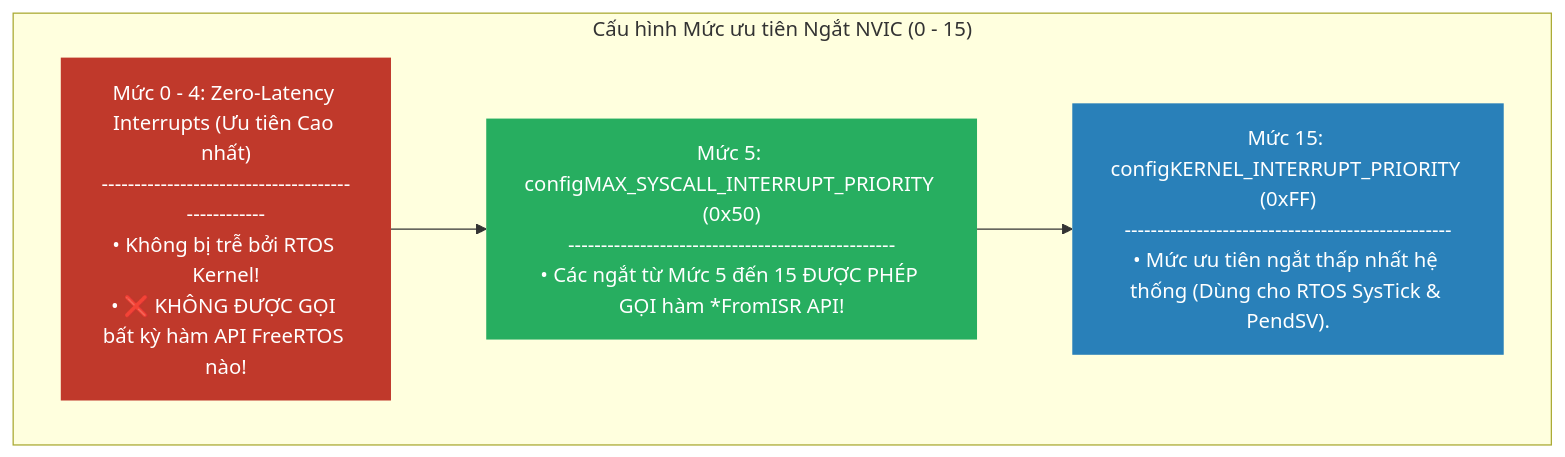
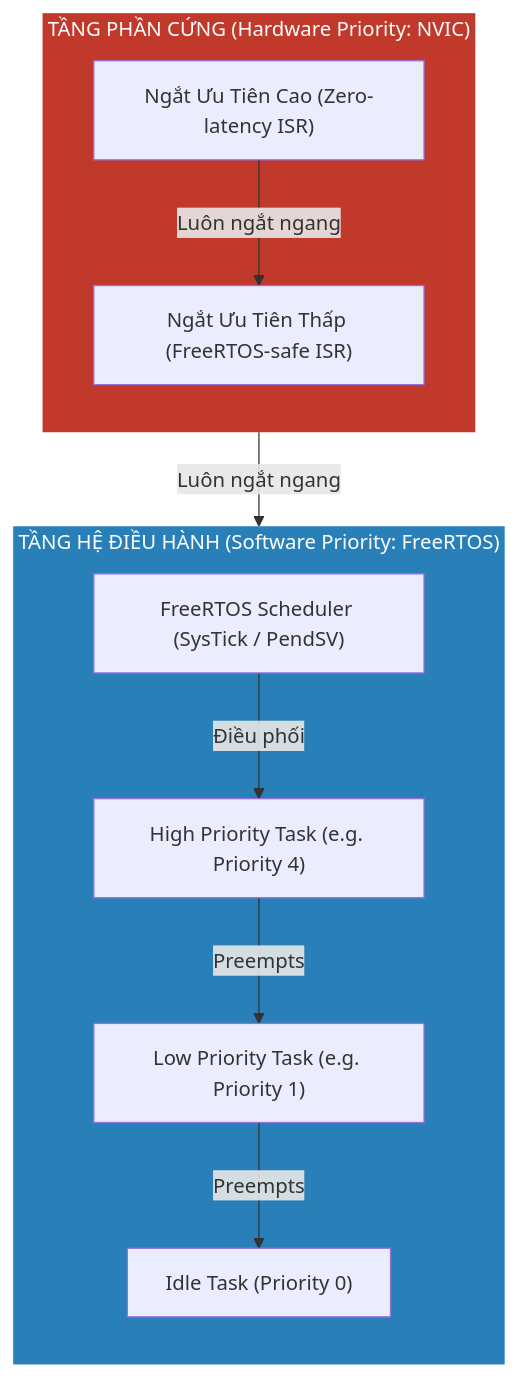
The first of 7 diagrams in 09_Drivers_and_ISRs.md (MinnT15/RTOS), drawn with Mermaid before and after one commit. The commit also changed other lines of this file, not shown here.

````diff
--- a/09_Drivers_and_ISRs.md
+++ b/09_Drivers_and_ISRs.md
@@ -299,17 +253,25 @@
 ```mermaid
-graph TD
-    subgraph NVIC_Priorities ["Cấu hình Mức ưu tiên Ngắt NVIC (0 - 15)"]
-        HIGH_PRIO["Mức 0 - 4: Zero-Latency Interrupts (Ưu tiên Cao nhất)<br/>--------------------------------------------------<br/>• Không bị trễ bởi RTOS Kernel!<br/>• ❌ KHÔNG ĐƯỢC GỌI bất kỳ hàm API FreeRTOS nào!"]
-        
-        SYSCALL_PRIO["Mức 5: configMAX_SYSCALL_INTERRUPT_PRIORITY (0x50)<br/>--------------------------------------------------<br/>• Các ngắt từ Mức 5 đến 15 ĐƯỢC PHÉP GỌI hàm *FromISR API!"]
-        
-        LOW_PRIO["Mức 15: configKERNEL_INTERRUPT_PRIORITY (0xFF)<br/>--------------------------------------------------<br/>• Mức ưu tiên ngắt thấp nhất hệ thống (Dùng cho RTOS SysTick & PendSV)."]
+graph TB
+    subgraph HARDWARE["TẦNG PHẦN CỨNG (Hardware Priority: NVIC)"]
+        direction TB
+        IRQ0["Ngắt Ưu Tiên Cao (Zero-latency ISR)"]
+        IRQ1["Ngắt Ưu Tiên Thấp (FreeRTOS-safe ISR)"]
     end
 
-    HIGH_PRIO --> SYSCALL_PRIO
-    SYSCALL_PRIO --> LOW_PRIO
+    subgraph KERNEL["TẦNG HỆ ĐIỀU HÀNH (Software Priority: FreeRTOS)"]
+        direction TB
+        SCHED["FreeRTOS Scheduler (SysTick / PendSV)"]
+        HTASK["High Priority Task (e.g. Priority 4)"]
+        LTASK["Low Priority Task (e.g. Priority 1)"]
+        IDLE["Idle Task (Priority 0)"]
+    end
 
-    style HIGH_PRIO fill:#c0392b,color:#fff,stroke:none
-    style SYSCALL_PRIO fill:#27ae60,color:#fff,stroke:none
-    style LOW_PRIO fill:#2980b9,color:#fff,stroke:none
+    IRQ0 -->|Luôn ngắt ngang| IRQ1
+    IRQ1 -->|Luôn ngắt ngang| SCHED
+    SCHED -->|Điều phối| HTASK
+    HTASK -->|Preempts| LTASK
+    LTASK -->|Preempts| IDLE
+
+    style HARDWARE fill:#c0392b,color:#fff,stroke:none
+    style KERNEL fill:#2980b9,color:#fff,stroke:none
 ```
````
